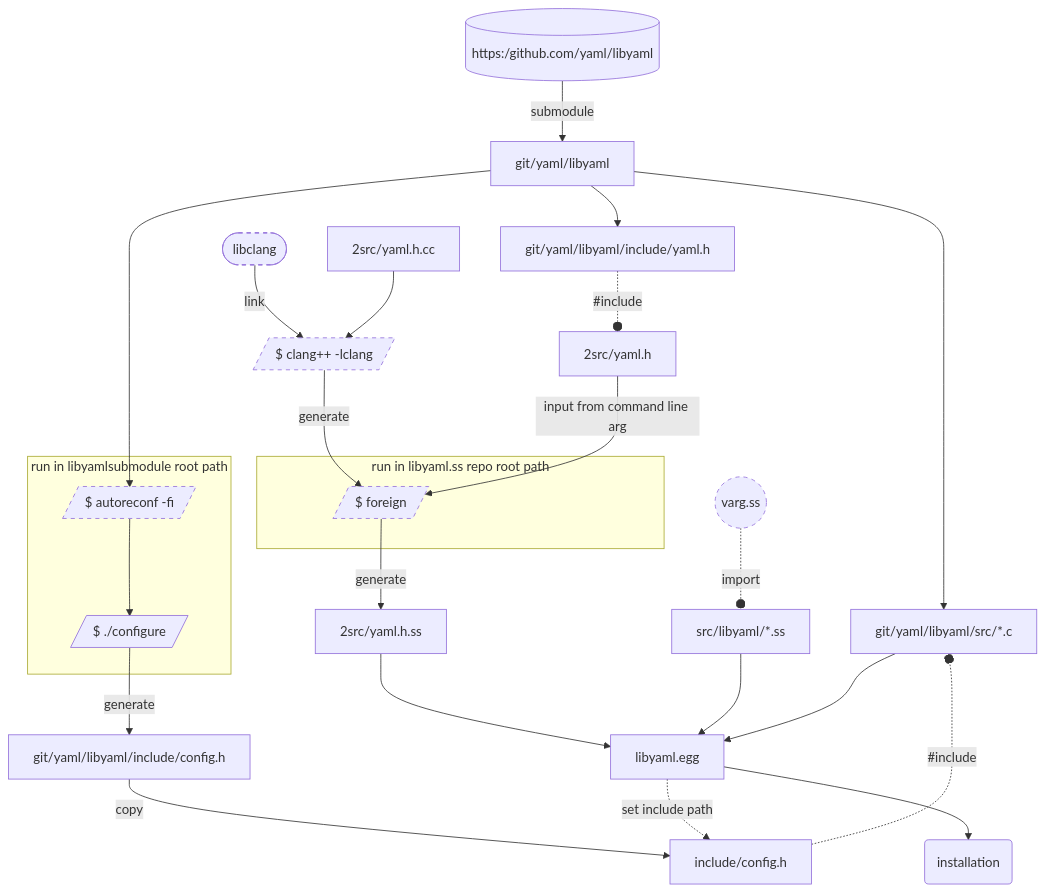
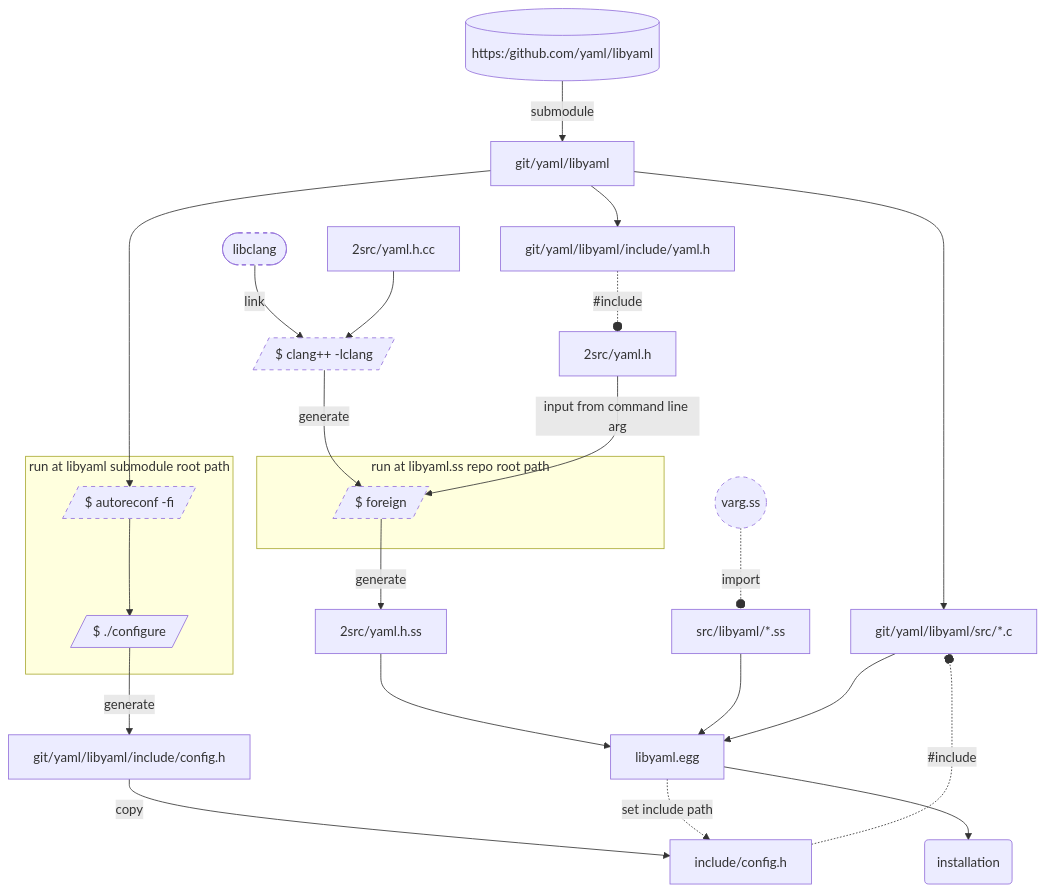
One commit to riku-ri/libyaml.ss changed the diagram in docs/dev.md. Above: the diagram before and after it, drawn with Mermaid.

````diff
--- a/docs/dev.md
+++ b/docs/dev.md
@@ -5,54 +5,54 @@
 ```mermaid
 flowchart
 
 yaml/libyaml[(https:/github.com/yaml/libyaml)]
 --submodule--> git/yaml/libyaml --> git/yaml/libyaml/src/*.c
 
 libclang([libclang])
 --link--> clang++[/clang++ -lclang/]
 style libclang stroke-dasharray: 5 5
 2src/yaml.h.cc
 --> clang++[/clang++ -lclang/]
 style clang++ stroke-dasharray: 5 5
 clang++[/$ clang++ -lclang/]
 --generate --> foreign[/$ foreign/]
 style foreign stroke-dasharray: 5 5
 
 git/yaml/libyaml
 --> git/yaml/libyaml/include/yaml.h
 -. #include .-o 2src/yaml.h
 --input from command line arg-->foreign
 
-subgraph "run in libyaml.ss repo root path"
+subgraph "run at libyaml.ss repo root path"
 foreign
 end
 
 foreign
 --generate--> 2src/yaml.h.ss
 
 2src/yaml.h.ss
 --> libyaml.egg
 style varg.ss stroke-dasharray: 5 5
 varg.ss((varg.ss))
 -. import .-o src/libyaml/*.ss
 --> libyaml.egg
 
 git/yaml/libyaml
 --> autoreconf[/$ autoreconf -fi/]
 style autoreconf stroke-dasharray: 5 5
-subgraph "run in libyamlsubmodule root path"
+subgraph "run at libyaml submodule root path"
 autoreconf --> configure[/$ ./configure/]
 end
 
 configure
 --generate--> git/yaml/libyaml/include/config.h
 --copy--> include/config.h
 -. #include .-o git/yaml/libyaml/src/*.c
 --> libyaml.egg
 
 libyaml.egg -. set include path .-> include/config.h
 
 END(installation)
 libyaml.egg
 --> END
 ```
````
